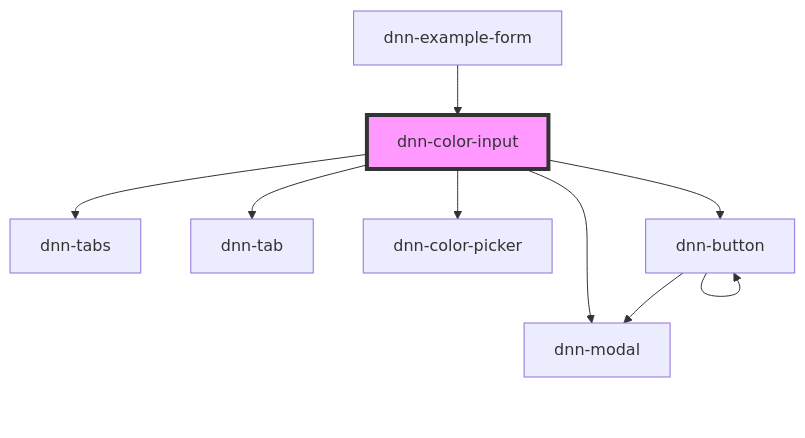
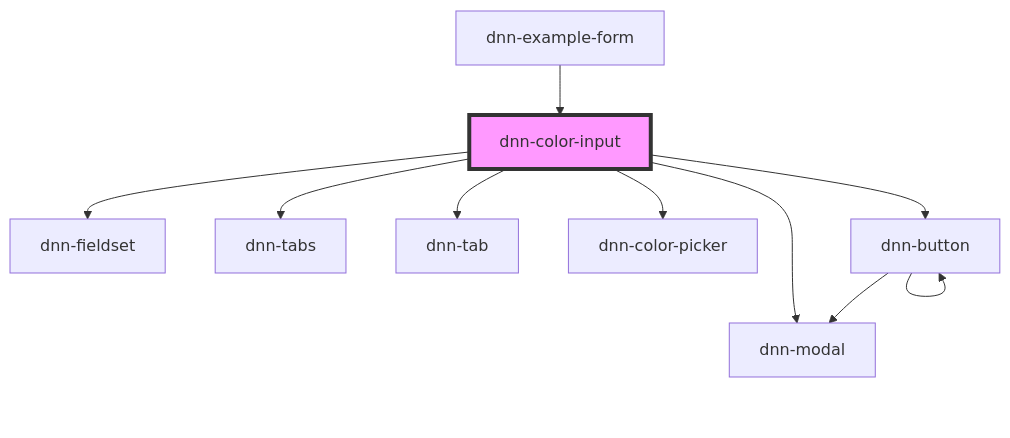
Before and after one commit to DNNCommunity/dnn-elements: the diagram in packages/stencil-library/src/components/dnn-color-input/readme.md, drawn with Mermaid. The commit also changed other lines of this file and 9 other files, not shown here.

First line of the commit message:
Updated dnn-select to use dnn-fieldset

````diff
--- a/packages/stencil-library/src/components/dnn-color-input/readme.md
+++ b/packages/stencil-library/src/components/dnn-color-input/readme.md
@@ -72,12 +73,13 @@
 ```mermaid
 graph TD;
+  dnn-color-input --> dnn-fieldset
   dnn-color-input --> dnn-modal
   dnn-color-input --> dnn-tabs
   dnn-color-input --> dnn-tab
   dnn-color-input --> dnn-color-picker
   dnn-color-input --> dnn-button
   dnn-button --> dnn-modal
   dnn-button --> dnn-button
   dnn-example-form --> dnn-color-input
   style dnn-color-input fill:#f9f,stroke:#333,stroke-width:4px
 ```
````
